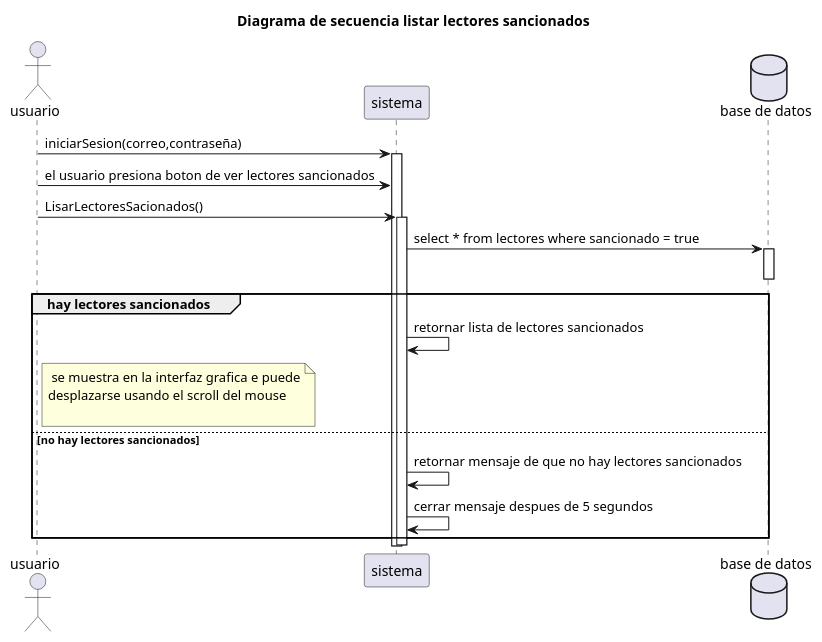
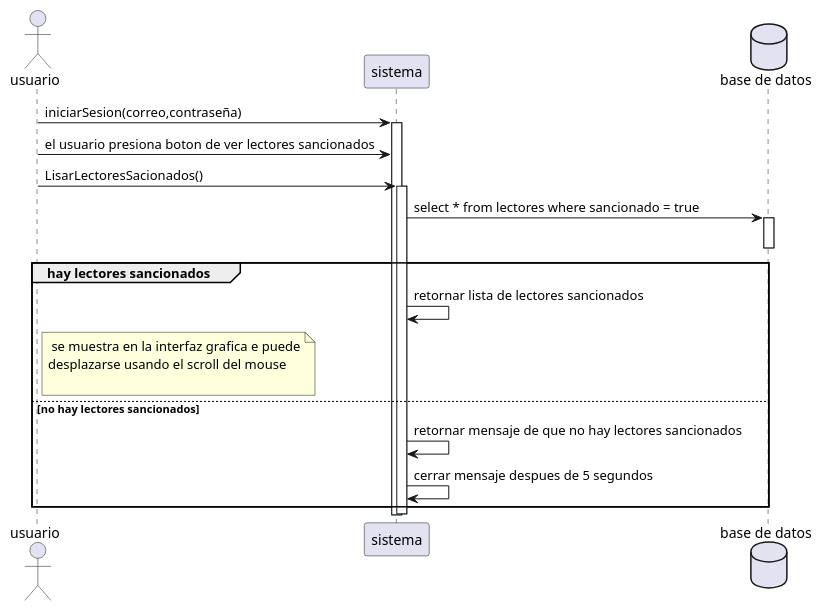
Before and after one commit to RubenE107/diagramas-de-dise-o-uml: the diagram in Interacion3/listarlecSancionados.puml, drawn with PlantUML. The commit also changed 11 other files, not shown here.

Commit message:
se termino todos las diagramas

```diff
--- a/Interacion3/listarlecSancionados.puml
+++ b/Interacion3/listarlecSancionados.puml
@@ -1,29 +1,29 @@
 @startuml
-title Diagrama de secuencia listar lectores sancionados
+
 actor "usuario" as u
 participant "sistema" as s
 database "base de datos" as db  
 
 u -> s:iniciarSesion(correo,contraseña)
 activate s
 u -> s:el usuario presiona boton de ver lectores sancionados
 u -> s:LisarLectoresSacionados()
 activate s
 s -> db:select * from lectores where sancionado = true
 activate db
 deactivate db
 group hay lectores sancionados
 s -> s:retornar lista de lectores sancionados
 note right of u
  se muestra en la interfaz grafica e puede
 desplazarse usando el scroll del mouse
 
 end note
 else no hay lectores sancionados
 s -> s:retornar mensaje de que no hay lectores sancionados
 s->s: cerrar mensaje despues de 5 segundos
 end
 deactivate s
 
 
 @enduml
```
